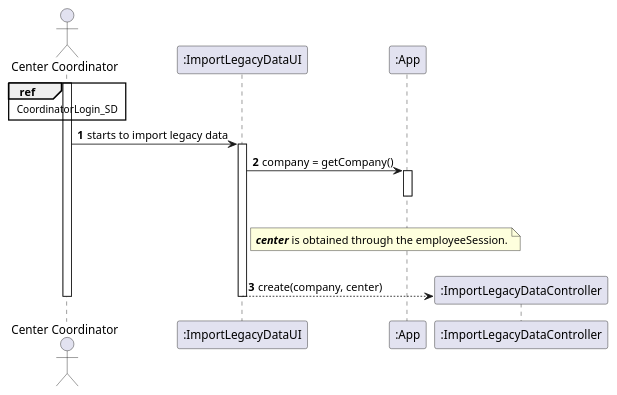
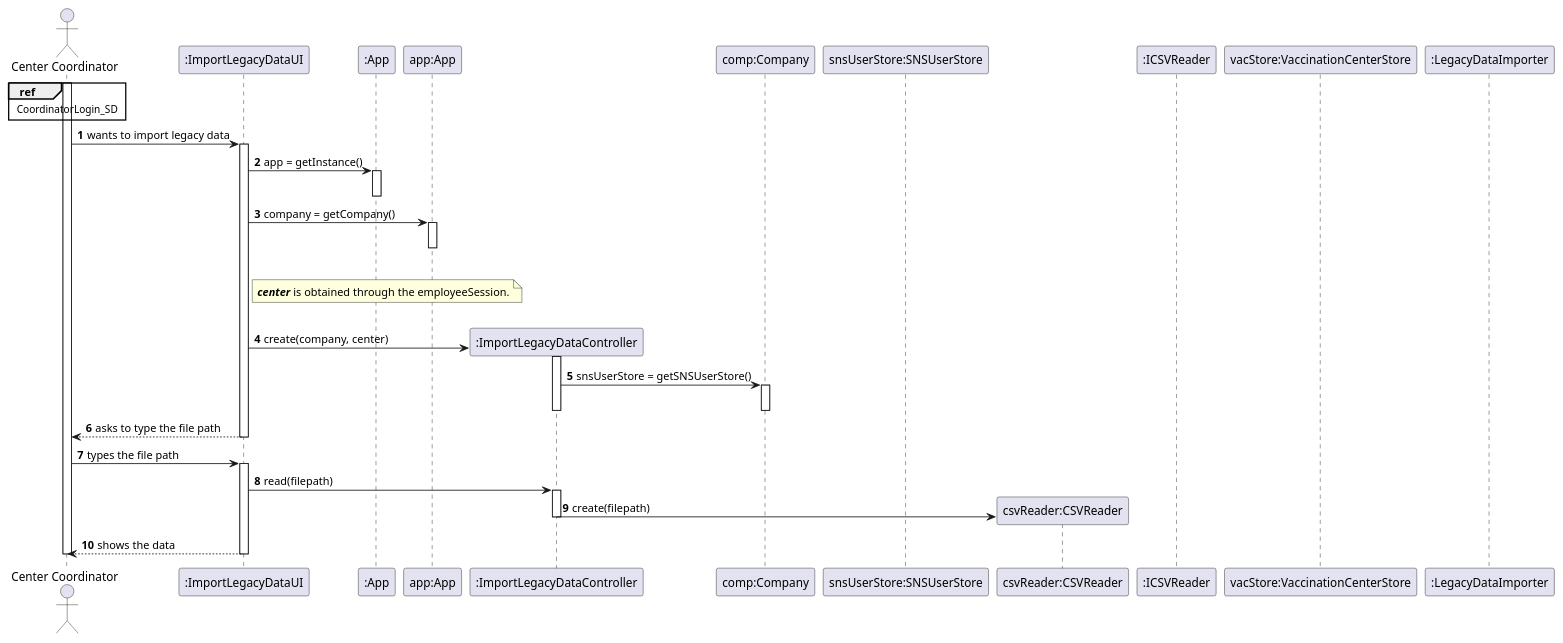
Before and after one commit to miseEnPlace-i/lapr2: the diagram in docs/SprintD/US17/SD/US17_SD.puml, drawn with PlantUML.

Commit message:
docs(US17): update SD

```diff
--- a/docs/SprintD/US17/SD/US17_SD.puml
+++ b/docs/SprintD/US17/SD/US17_SD.puml
@@ -1,39 +1,72 @@
 @startuml US17_SD
 autonumber
 
 actor "Center Coordinator" as COORDINATOR
 
 participant ":ImportLegacyDataUI" as UI
-participant ":App" as APP
+participant ":App" as _APP
+participant "app:App" as APP
 participant ":ImportLegacyDataController" as CTRL
+participant "comp:Company" as COMPANY
+participant "snsUserStore:SNSUserStore" as SNSSTORE
+participant "csvReader:CSVReader" as CSVREADER
+participant ":ICSVReader" as ICSV
+participant "vacStore:VaccinationCenterStore" as VACSTORE
+participant ":LegacyDataImporter" as IMPORT
 
 activate COORDINATOR
   ref over COORDINATOR
     ' !include ../../CoordinatorLogin_SD.puml!
     ' ![[../../CoordinatorLogin_SD.puml]]
     ' ![[../../CoordinatorLogin_SD.svg]]
     CoordinatorLogin_SD
   end ref
 
-  COORDINATOR -> UI : starts to import legacy data
+  COORDINATOR -> UI : wants to import legacy data
   activate UI
+
+    UI -> _APP : app = getInstance()
+    activate _APP
+    deactivate _APP
+
     UI -> APP : company = getCompany()
     activate APP
     deactivate APP
 
     |||
 
     note right of UI
       <i><b>center</b></i> is obtained through the employeeSession.
 ' Also see: <i>CoordinatorLogin_SD</i>
     end note
 
     |||
 
-    UI --> CTRL ** : create(company, center)
+    UI -> CTRL ** : create(company, center)
+    activate CTRL
+      CTRL -> COMPANY : snsUserStore = getSNSUserStore()
+      activate COMPANY
+      deactivate COMPANY
+    deactivate CTRL
     
-    
+    COORDINATOR <-- UI : asks to type the file path
+  deactivate UI
 
+  COORDINATOR -> UI : types the file path
+  activate UI
+
+    ' read data
+
+    UI -> CTRL : read(filepath)
+    activate CTRL
+      CTRL -> CSVREADER ** : create(filepath)
+    deactivate CTRL
+
+    ' process data
+
+    ' convert to dto and send it to ui
+
+    COORDINATOR <-- UI : shows the data
   deactivate UI
 deactivate COORDINATOR
 @enduml
```
